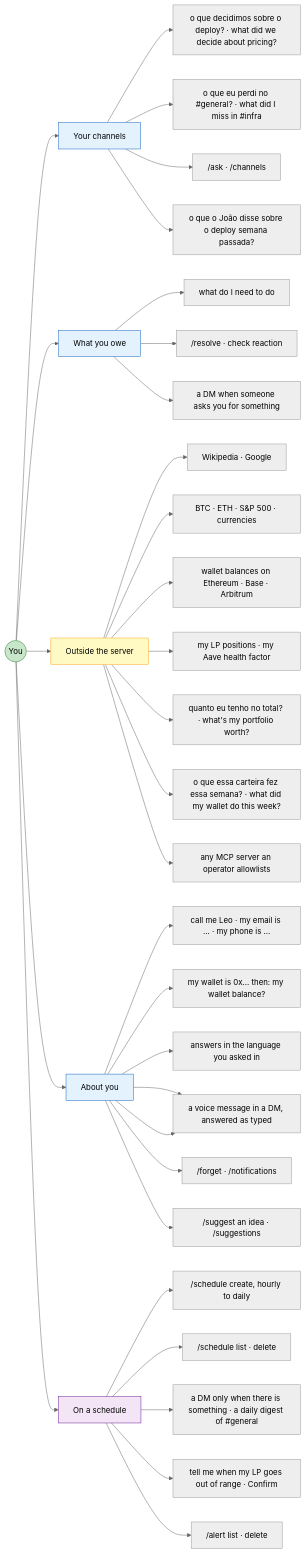
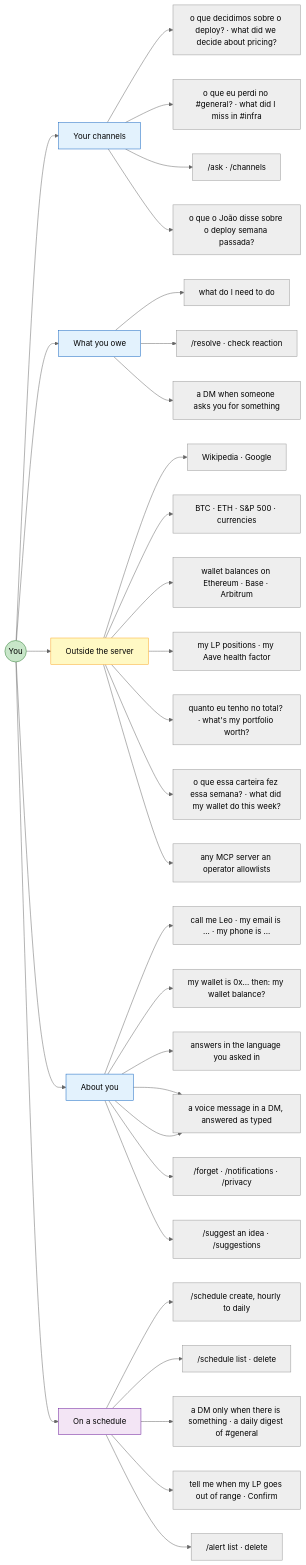
One commit to CyberdyneCorp/CyberFriend changed the second of 4 diagrams in README.md. Above: the diagram before and after it, drawn with Mermaid (neutral theme). The commit also changed other lines of this file and 25 other files, not shown here.

````diff
--- a/README.md
+++ b/README.md
@@ -118,47 +120,47 @@
 ```mermaid
 graph LR
     P(("You"))
 
     P --> CORPUS["Your channels"]
     CORPUS --> C1["o que decidimos sobre o deploy? &middot; what did we decide about pricing?"]
     CORPUS --> C2["o que eu perdi no #general? &middot; what did I miss in #infra"]
     CORPUS --> C3["/ask &middot; /channels"]
     CORPUS --> C4["o que o João disse sobre o deploy semana passada?"]
 
     P --> OWED["What you owe"]
     OWED --> O1["what do I need to do"]
     OWED --> O2["/resolve &middot; check reaction"]
     OWED --> O3["a DM when someone asks you for something"]
 
     P --> OUT["Outside the server"]
     OUT --> X1["Wikipedia &middot; Google"]
     OUT --> X2["BTC &middot; ETH &middot; S&P 500 &middot; currencies"]
     OUT --> X3["wallet balances on Ethereum &middot; Base &middot; Arbitrum"]
     OUT --> X5["my LP positions &middot; my Aave health factor"]
     OUT --> X6["quanto eu tenho no total? &middot; what's my portfolio worth?"]
     OUT --> X7["o que essa carteira fez essa semana? &middot; what did my wallet do this week?"]
     OUT --> X4["any MCP server an operator allowlists"]
 
     P --> YOU["About you"]
     YOU --> Y1["call me Leo &middot; my email is ... &middot; my phone is ..."]
     YOU --> Y2["my wallet is 0x... then: my wallet balance?"]
     YOU --> Y3["answers in the language you asked in"]
     YOU --> Y5["prefiro ver em reais &middot; prices and totals in USD and BRL"]
-    YOU --> Y4["/forget &middot; /notifications"]
+    YOU --> Y4["/forget &middot; /notifications &middot; /privacy"]
     YOU --> Y6["/suggest an idea &middot; /suggestions"]
     YOU --> Y5["a voice message in a DM, answered as typed"]
 
     P --> WHEN["On a schedule"]
     WHEN --> W1["/schedule create, hourly to daily"]
     WHEN --> W2["/schedule list &middot; delete"]
     WHEN --> W3["a DM only when there is something &middot; a daily digest of #general"]
     WHEN --> W4["tell me when my LP goes out of range &middot; Confirm"]
     WHEN --> W5["/alert list &middot; delete"]
 
     style P fill:#C8E6C9,stroke:#2E7D32
     style CORPUS fill:#E3F2FD,stroke:#1565C0
     style OWED fill:#E3F2FD,stroke:#1565C0
     style OUT fill:#FFF9C4,stroke:#F9A825
     style YOU fill:#E3F2FD,stroke:#1565C0
     style WHEN fill:#F3E5F5,stroke:#6A1B9A
 ```
````
